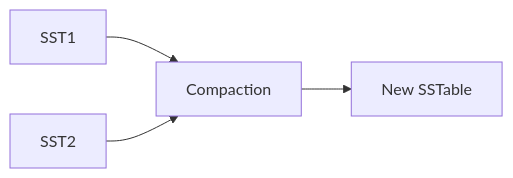
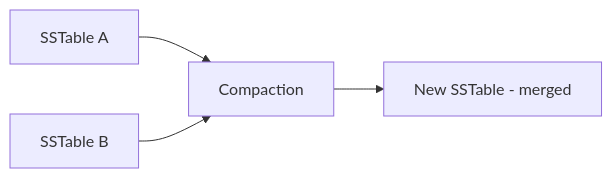
Before and after one commit to limainfo/guia-design-sistema-ti: the ninth of 11 diagrams in 02-technologies/02-database-cassandra/README.md, drawn with Mermaid. The commit also changed other lines of this file, not shown here.

````diff
--- a/02-technologies/02-database-cassandra/README.md
+++ b/02-technologies/02-database-cassandra/README.md
@@ -295,6 +359,6 @@
 ```mermaid
 flowchart LR
-    SST1 --> C[Compaction]
-    SST2 --> C
-    C --> SST_New[New SSTable]
+    SST1[SSTable A] --> C[Compaction]
+    SST2[SSTable B] --> C
+    C --> SST_NEW[New SSTable - merged]
 ```
````
